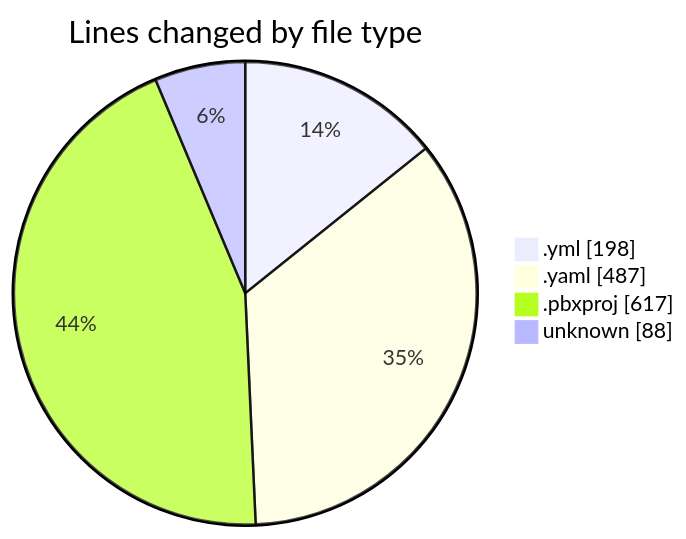
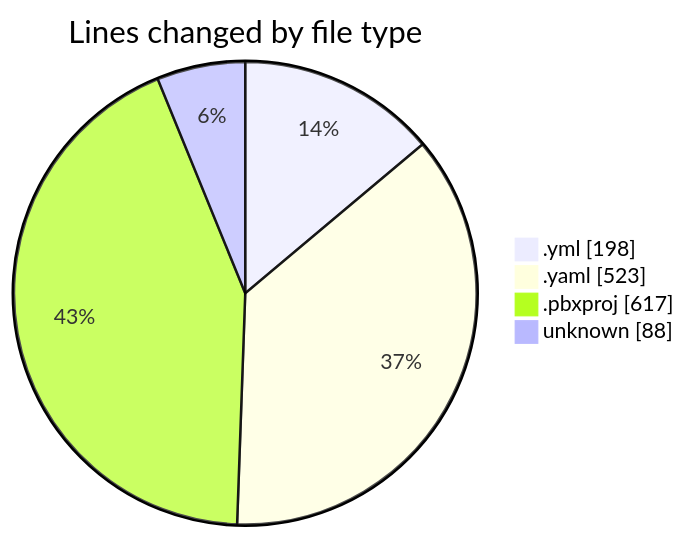
Before and after one commit to lephambinh05/code-tracking: the first of 2 diagrams in 2025-08-08/studybuddy/README.md, drawn with Mermaid. The commit also changed other lines of this file and 1 other file, not shown here.

````diff
--- a/2025-08-08/studybuddy/README.md
+++ b/2025-08-08/studybuddy/README.md
@@ -24,8 +25,8 @@
 ```mermaid
 pie showData
 title Lines changed by file type
 ".yml" : 198
-".yaml" : 487
+".yaml" : 523
 ".pbxproj" : 617
 "unknown" : 88
 ```
````
